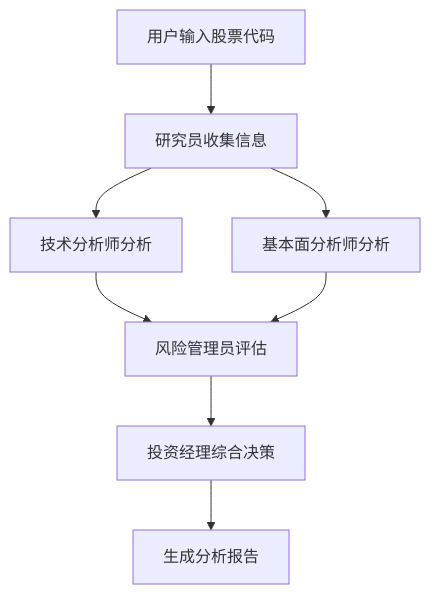
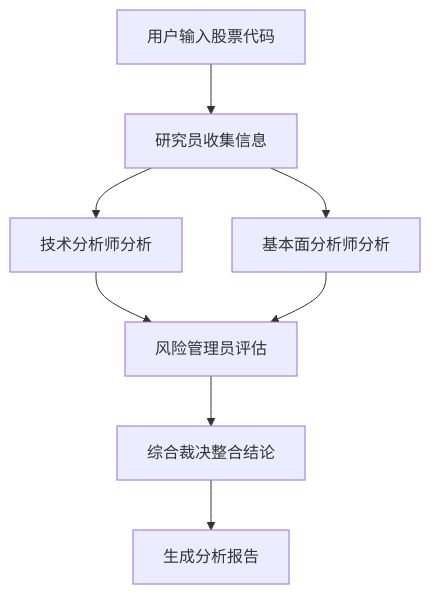
The diagram in docs/learning/04-analysis-principles/multi-agent-system.md (amaozhao/TradingAgents-CN), drawn with Mermaid before and after one commit. The commit also changed other lines of this file and 72 other files, not shown here.

````diff
--- a/docs/learning/04-analysis-principles/multi-agent-system.md
+++ b/docs/learning/04-analysis-principles/multi-agent-system.md
@@ -175,10 +175,10 @@
 ```mermaid
 graph TD
     A[用户输入股票代码] --> B[研究员收集信息]
     B --> C[技术分析师分析]
     B --> D[基本面分析师分析]
     C --> E[风险管理员评估]
     D --> E
-    E --> F[投资经理综合决策]
+    E --> F[综合裁决整合结论]
     F --> G[生成分析报告]
 ```
````
